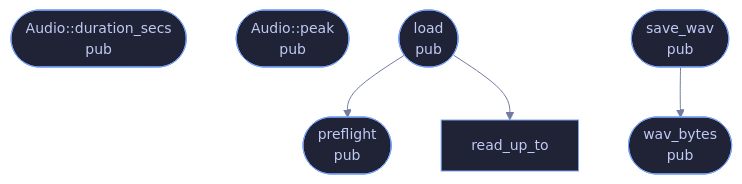
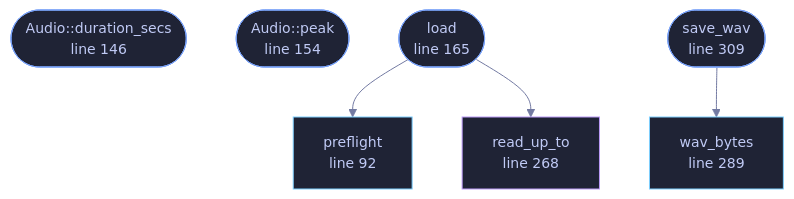
One commit to tilas01/veilvoice changed the diagram in wiki/File-veilvoice-audio-io.md. Above: the diagram before and after it, drawn with Mermaid. The commit also changed other lines of this file and 182 other files, not shown here.

````diff
--- a/wiki/File-veilvoice-audio-io.md
+++ b/wiki/File-veilvoice-audio-io.md
@@ -55,14 +74,20 @@
 ```mermaid
 %%{init: {"theme":"base","themeVariables":{"background":"#1a1b26","primaryColor":"#1f2335","primaryTextColor":"#c0caf5","primaryBorderColor":"#7aa2f7","secondaryColor":"#16161e","tertiaryColor":"#16161e","lineColor":"#737aa2","textColor":"#c0caf5","mainBkg":"#1f2335","nodeBorder":"#7aa2f7","clusterBkg":"#16161e","clusterBorder":"#2f3549","fontFamily":"ui-monospace, SFMono-Regular, Consolas, monospace","fontSize":"14px"}}}%%
 flowchart TD
-    n_preflight(["preflight<br/>pub"])
-    n_duration_secs(["Audio::duration_secs<br/>pub"])
-    n_peak(["Audio::peak<br/>pub"])
-    n_load(["load<br/>pub"])
-    n_read_up_to["read_up_to"]
-    n_wav_bytes(["wav_bytes<br/>pub"])
-    n_save_wav(["save_wav<br/>pub"])
+    n_preflight["preflight<br/>line 92"]
+    n_duration_secs(["Audio::duration_secs<br/>line 146"])
+    n_peak(["Audio::peak<br/>line 154"])
+    n_load(["load<br/>line 165"])
+    n_read_up_to["read_up_to<br/>line 268"]
+    n_wav_bytes["wav_bytes<br/>line 289"]
+    n_save_wav(["save_wav<br/>line 309"])
     n_load --> n_preflight
     n_load --> n_read_up_to
     n_save_wav --> n_wav_bytes
+    classDef entry fill:#1f2335,stroke:#7aa2f7,color:#c0caf5
+    class n_duration_secs,n_peak,n_load,n_save_wav entry
+    classDef api fill:#1f2335,stroke:#7dcfff,color:#c0caf5
+    class n_preflight,n_wav_bytes api
+    classDef helper fill:#1f2335,stroke:#bb9af7,color:#c0caf5
+    class n_read_up_to helper
 ```
````
